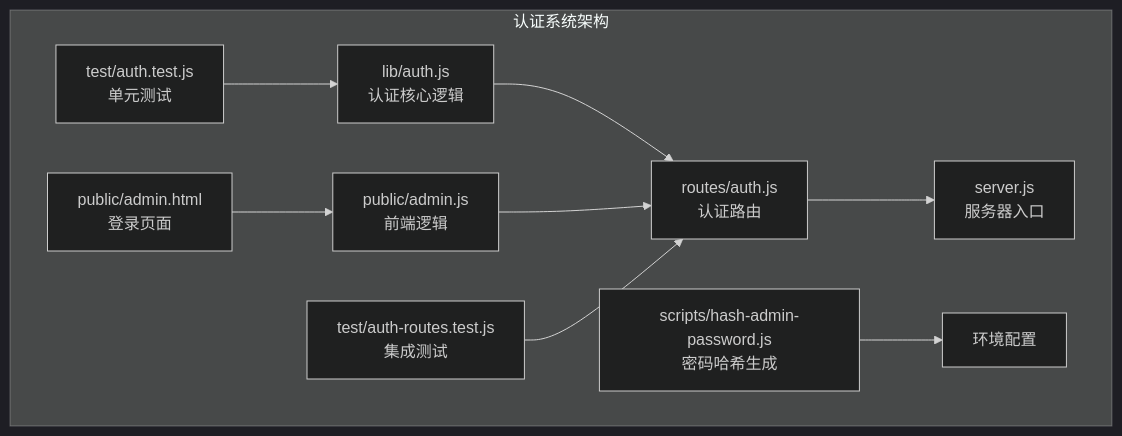
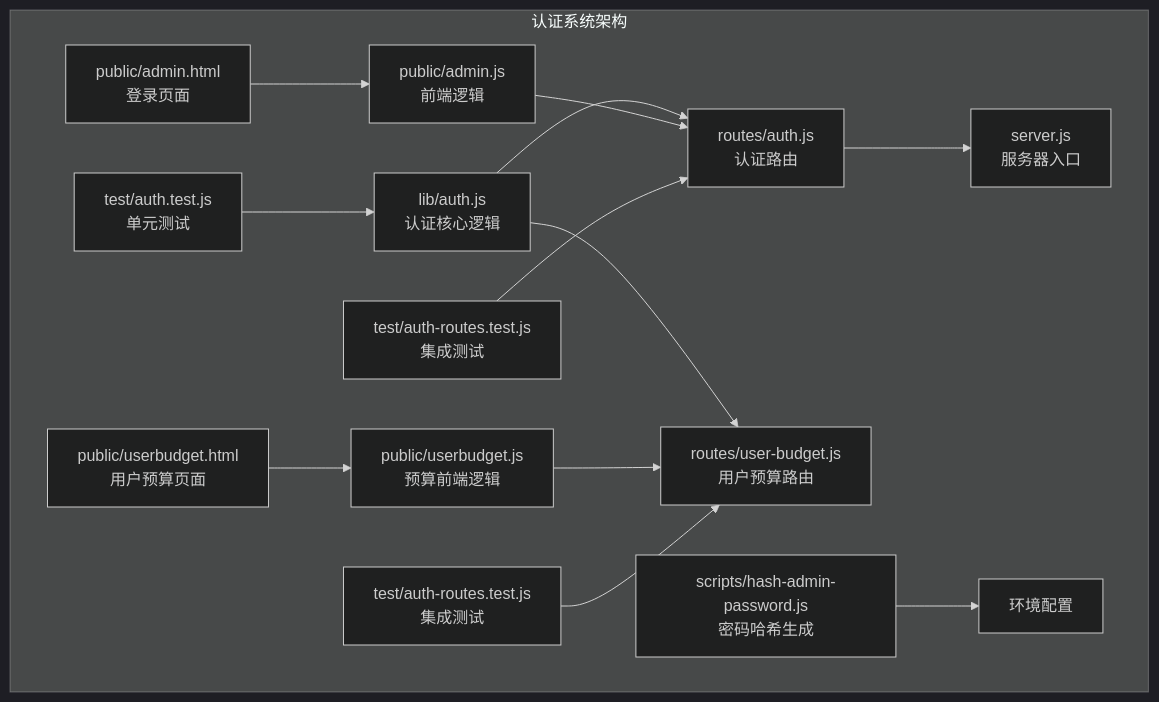
The first of 5 diagrams in .qoder/repowiki/zh/content/核心模块/管理员认证系统.md (kissingwolf/CopilotEnterpriseUsageDisplay), drawn with Mermaid (dark theme) before and after one commit. The commit also changed other lines of this file and 4 other files, not shown here.

First line of the commit message:
docs(wiki): update repowiki content with user budget system and admin auth modules

````diff
--- a/.qoder/repowiki/zh/content/核心模块/管理员认证系统.md
+++ b/.qoder/repowiki/zh/content/核心模块/管理员认证系统.md
@@ -43,12 +56,16 @@
 ```mermaid
 graph TB
 subgraph "认证系统架构"
 A[lib/auth.js<br/>认证核心逻辑] --> B[routes/auth.js<br/>认证路由]
+A --> J[routes/user-budget.js<br/>用户预算路由]
 B --> C[server.js<br/>服务器入口]
 D[public/admin.html<br/>登录页面] --> E[public/admin.js<br/>前端逻辑]
 E --> B
+K[public/userbudget.html<br/>用户预算页面] --> L[public/userbudget.js<br/>预算前端逻辑]
+L --> J
 F[scripts/hash-admin-password.js<br/>密码哈希生成] --> G[环境配置]
 H[test/auth.test.js<br/>单元测试] --> A
 I[test/auth-routes.test.js<br/>集成测试] --> B
+M[test/auth-routes.test.js<br/>集成测试] --> J
 end
 ```
````
